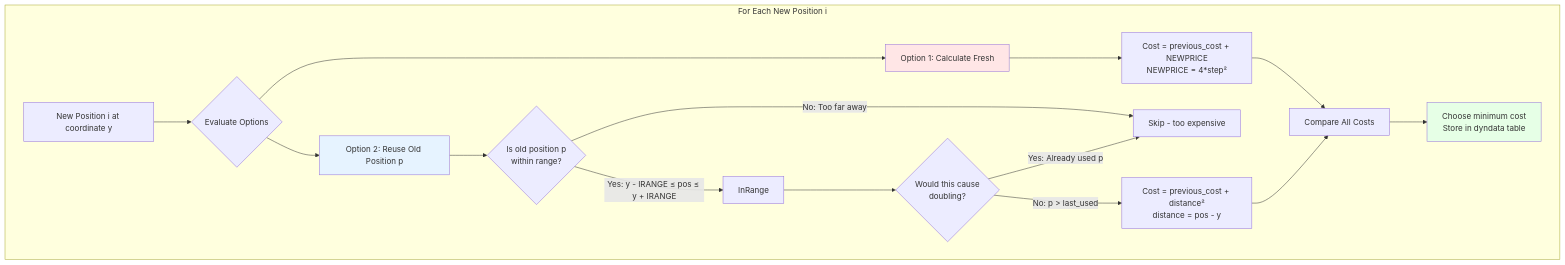
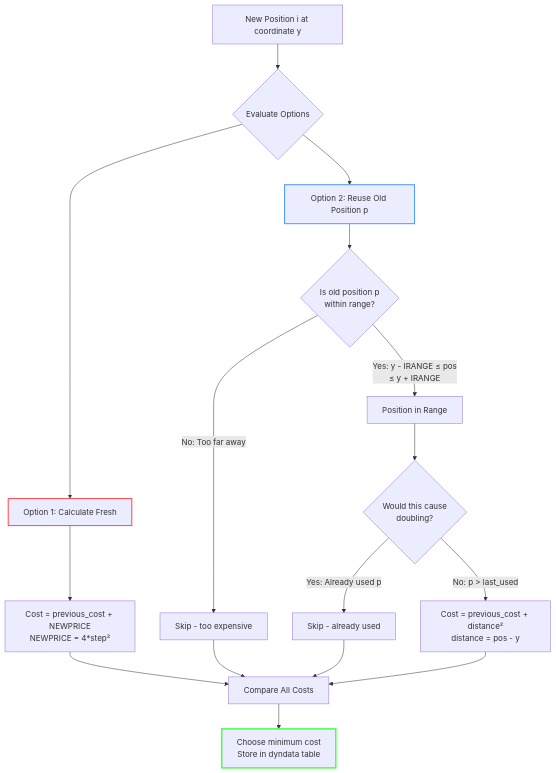
Before and after one commit to xaos-project/XaoS: the second of 7 diagrams in src/engine/zoomviz.md, drawn with Mermaid. The commit also changed other lines of this file, not shown here.

````diff
--- a/src/engine/zoomviz.md
+++ b/src/engine/zoomviz.md
@@ -43,30 +43,28 @@
 ```mermaid
-graph TB
-    subgraph "For Each New Position i"
-        NewPos[New Position i at coordinate y]
+flowchart TD
+    NewPos[New Position i at coordinate y]
+    NewPos --> Decision{Evaluate Options}
 
-        NewPos --> Decision{Evaluate Options}
+    Decision --> Opt1[Option 1: Calculate Fresh]
+    Opt1 --> Cost1[Cost = previous_cost + NEWPRICE<br/>NEWPRICE = 4*step²]
+    Cost1 --> Compare[Compare All Costs]
 
-        Decision --> Opt1[Option 1: Calculate Fresh]
-        Decision --> Opt2[Option 2: Reuse Old Position p]
+    Decision --> Opt2[Option 2: Reuse Old Position p]
+    Opt2 --> Range{Is old position p<br/>within range?}
+    Range -->|No: Too far away| Skip1[Skip - too expensive]
+    Range -->|Yes: y - IRANGE ≤ pos<br/>≤ y + IRANGE| InRange[Position in Range]
 
-        Opt1 --> Cost1[Cost = previous_cost + NEWPRICE<br/>NEWPRICE = 4*step²]
+    InRange --> NoDbl{Would this cause<br/>doubling?}
+    NoDbl -->|Yes: Already used p| Skip2[Skip - already used]
+    NoDbl -->|No: p > last_used| Cost2[Cost = previous_cost + distance²<br/>distance = pos - y]
 
-        Opt2 --> Range{Is old position p<br/>within range?}
-        Range -->|Yes: y - IRANGE ≤ pos ≤ y + IRANGE| InRange
-        Range -->|No: Too far away| Skip[Skip - too expensive]
+    Cost2 --> Compare
+    Compare --> Best[Choose minimum cost<br/>Store in dyndata table]
 
-        InRange --> NoDbl{Would this cause<br/>doubling?}
-        NoDbl -->|No: p > last_used| Cost2[Cost = previous_cost + distance²<br/>distance = pos - y]
-        NoDbl -->|Yes: Already used p| Skip
+    Skip1 --> Compare
+    Skip2 --> Compare
 
-        Cost1 --> Compare[Compare All Costs]
-        Cost2 --> Compare
-
-        Compare --> Best[Choose minimum cost<br/>Store in dyndata table]
-    end
-
-    style Opt1 fill:#ffe6e6
-    style Opt2 fill:#e6f3ff
-    style Best fill:#e6ffe6
+    style Opt1 stroke:#ff4a4a,stroke-width:2px
+    style Opt2 stroke:#4a9aff,stroke-width:2px
+    style Best stroke:#4aff4a,stroke-width:3px
 ```
````
